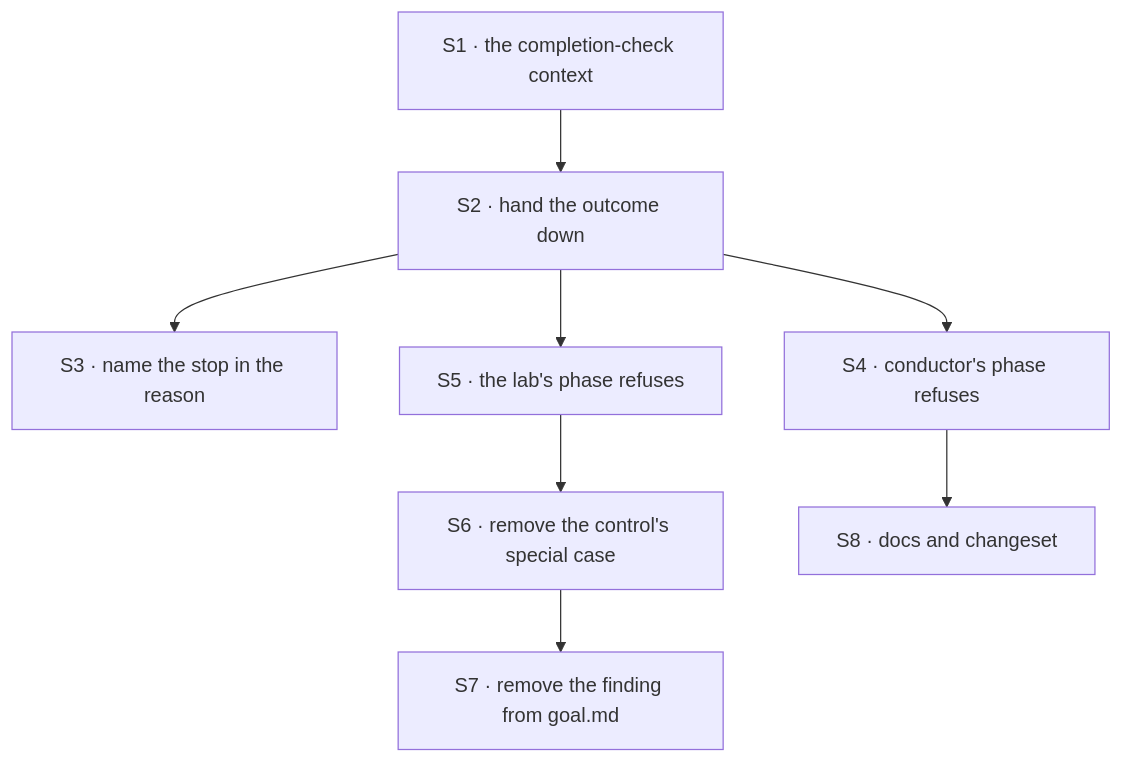
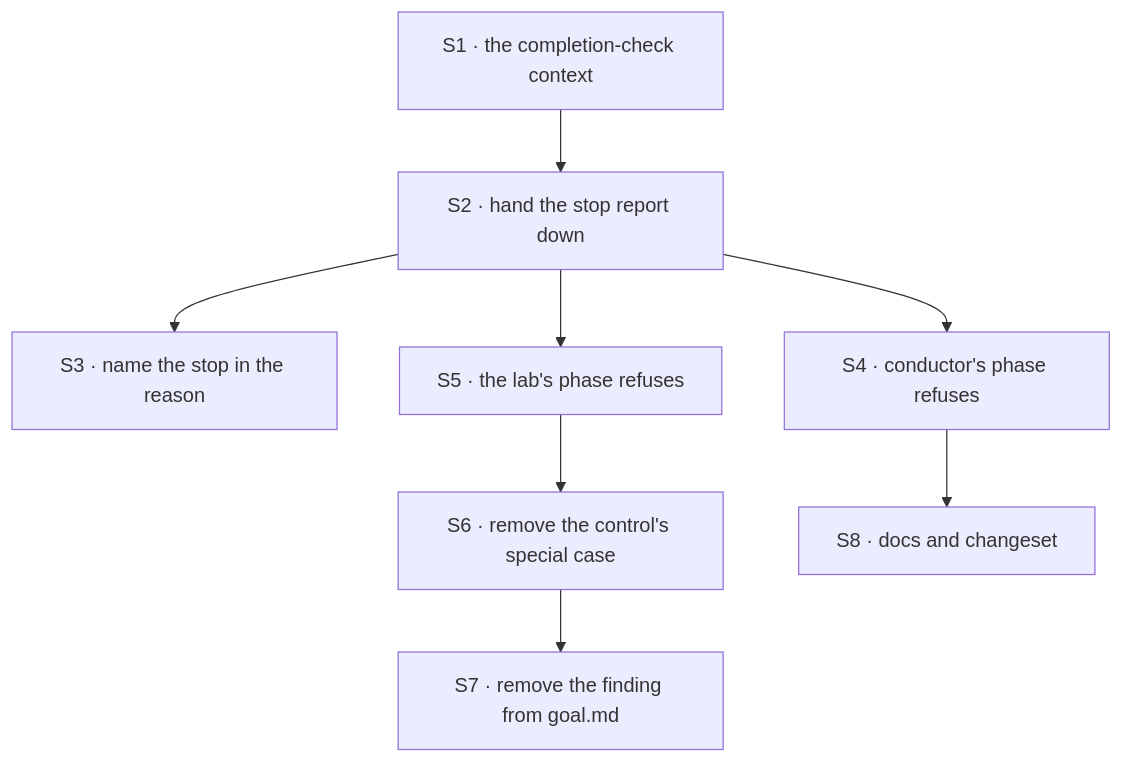
Before and after one commit to fixpoint-labs/flow-state-dev: the diagram in spec/FIX-1438/PLAN.md, drawn with Mermaid. The commit also changed other lines of this file and 4 other files, not shown here.

First line of the commit message:
spec(FIX-1438): name the run's stop report apart from the run record's outcome

````diff
--- a/spec/FIX-1438/PLAN.md
+++ b/spec/FIX-1438/PLAN.md
@@ -22,10 +24,10 @@
 ```mermaid
 flowchart TD
-  S1["S1 · the completion-check context"] --> S2["S2 · hand the outcome down"]
+  S1["S1 · the completion-check context"] --> S2["S2 · hand the stop report down"]
   S2 --> S3["S3 · name the stop in the reason"]
   S2 --> S4["S4 · conductor's phase refuses"]
   S2 --> S5["S5 · the lab's phase refuses"]
   S5 --> S6["S6 · remove the control's special case"]
   S6 --> S7["S7 · remove the finding from goal.md"]
   S4 --> S8["S8 · docs and changeset"]
 ```
````
